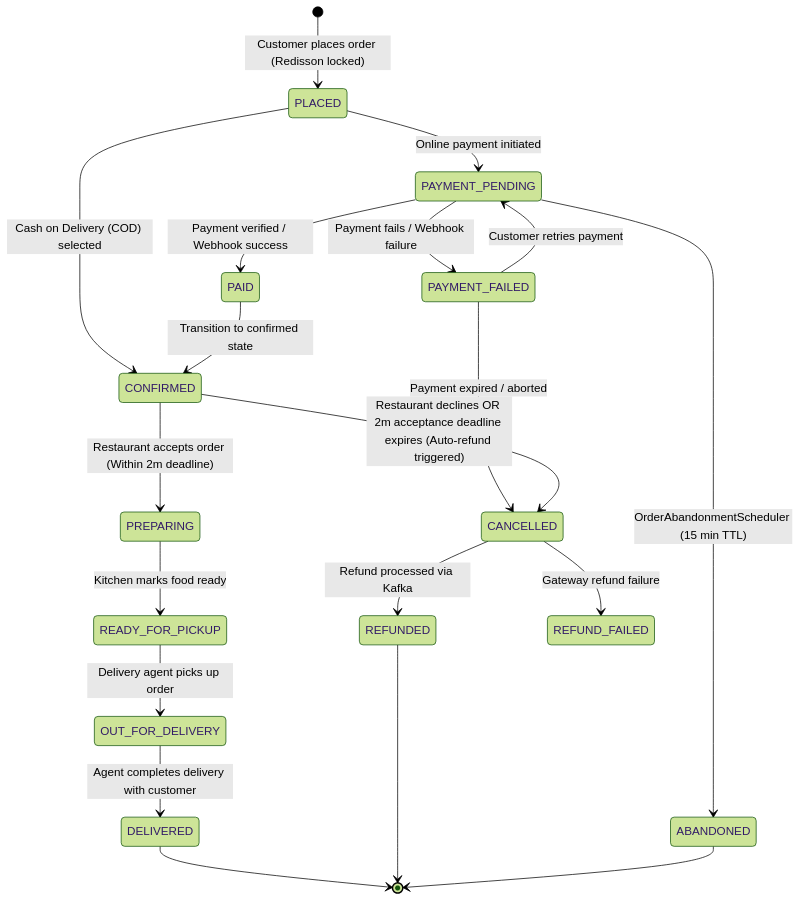
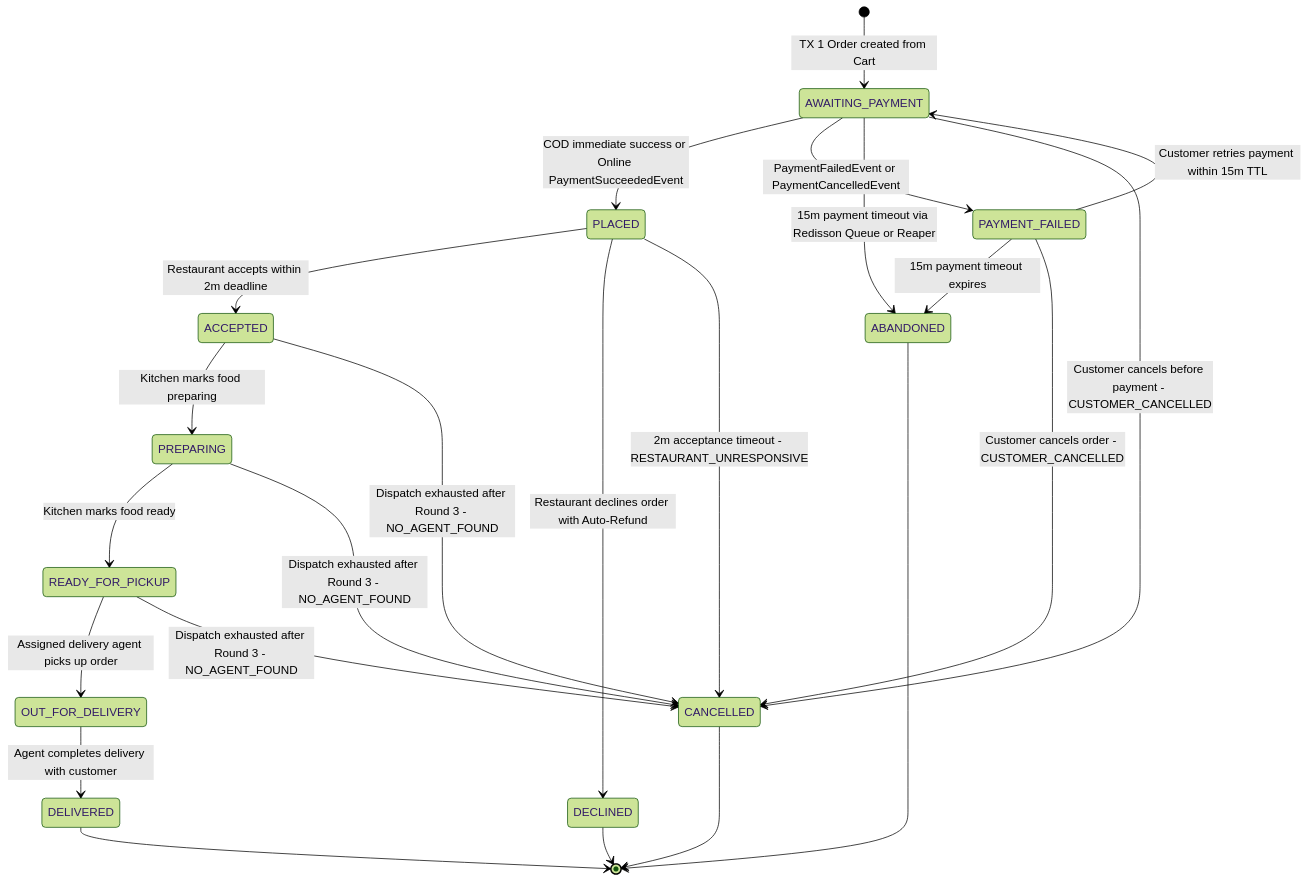
The third of 6 diagrams in docs/architecture.md (eshant52/quickbite-backend), drawn with Mermaid (forest theme) before and after one commit. The commit also changed other lines of this file and 8 other files, not shown here.

First line of the commit message:
docs: add order lifecycle guide and update architecture documentation

````diff
--- a/docs/architecture.md
+++ b/docs/architecture.md
@@ -187,29 +187,32 @@
 ```mermaid
 stateDiagram-v2
-    [*] --> PLACED: Customer places order (Redisson locked)
-    PLACED --> PAYMENT_PENDING: Online payment initiated
-    PLACED --> CONFIRMED: Cash on Delivery (COD) selected
+    [*] --> AWAITING_PAYMENT: TX 1 Order created from Cart
+    AWAITING_PAYMENT --> PLACED: COD immediate success or Online PaymentSucceededEvent
+    AWAITING_PAYMENT --> PAYMENT_FAILED: PaymentFailedEvent or PaymentCancelledEvent
+    AWAITING_PAYMENT --> ABANDONED: 15m payment timeout via Redisson Queue or Reaper
+    AWAITING_PAYMENT --> CANCELLED: Customer cancels before payment - CUSTOMER_CANCELLED
     
-    PAYMENT_PENDING --> PAID: Payment verified / Webhook success
-    PAYMENT_PENDING --> PAYMENT_FAILED: Payment fails / Webhook failure
-    PAYMENT_PENDING --> ABANDONED: OrderAbandonmentScheduler (15 min TTL)
+    PAYMENT_FAILED --> AWAITING_PAYMENT: Customer retries payment within 15m TTL
+    PAYMENT_FAILED --> ABANDONED: 15m payment timeout expires
+    PAYMENT_FAILED --> CANCELLED: Customer cancels order - CUSTOMER_CANCELLED
     
-    PAYMENT_FAILED --> PAYMENT_PENDING: Customer retries payment
-    PAYMENT_FAILED --> CANCELLED: Payment expired / aborted
+    PLACED --> ACCEPTED: Restaurant accepts within 2m deadline
+    PLACED --> DECLINED: Restaurant declines order with Auto-Refund
+    PLACED --> CANCELLED: 2m acceptance timeout - RESTAURANT_UNRESPONSIVE
     
-    PAID --> CONFIRMED: Transition to confirmed state
-    
-    CONFIRMED --> PREPARING: Restaurant accepts order (Within 2m deadline)
-    CONFIRMED --> CANCELLED: Restaurant declines OR 2m acceptance deadline expires (Auto-refund triggered)
+    ACCEPTED --> PREPARING: Kitchen marks food preparing
+    ACCEPTED --> CANCELLED: Dispatch exhausted after Round 3 - NO_AGENT_FOUND
     
     PREPARING --> READY_FOR_PICKUP: Kitchen marks food ready
-    READY_FOR_PICKUP --> OUT_FOR_DELIVERY: Delivery agent picks up order
+    PREPARING --> CANCELLED: Dispatch exhausted after Round 3 - NO_AGENT_FOUND
+    
+    READY_FOR_PICKUP --> OUT_FOR_DELIVERY: Assigned delivery agent picks up order
+    READY_FOR_PICKUP --> CANCELLED: Dispatch exhausted after Round 3 - NO_AGENT_FOUND
     
     OUT_FOR_DELIVERY --> DELIVERED: Agent completes delivery with customer
     
-    CANCELLED --> REFUNDED: Refund processed via Kafka
-    CANCELLED --> REFUND_FAILED: Gateway refund failure
     DELIVERED --> [*]
-    REFUNDED --> [*]
+    CANCELLED --> [*]
+    DECLINED --> [*]
     ABANDONED --> [*]
 ```
````
